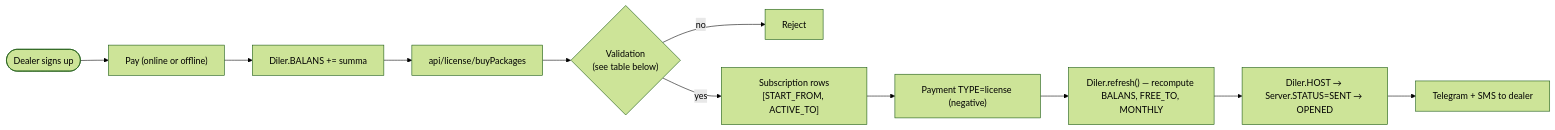
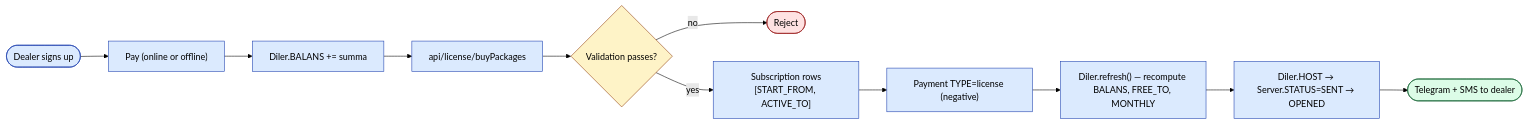
The diagram in docs/sd-billing/subscription-flow.md (jamshidtulaganov/sd-doc), drawn with Mermaid (forest theme) before and after one commit. The commit also changed 21 other files, not shown here.

````diff
--- a/docs/sd-billing/subscription-flow.md
+++ b/docs/sd-billing/subscription-flow.md
@@ -11,13 +11,25 @@
 ```mermaid
 flowchart LR
   S(["Dealer signs up"]) --> P["Pay (online or offline)"]
   P --> B["Diler.BALANS += summa"]
   B --> BUY["api/license/buyPackages"]
-  BUY --> CHK{"Validation<br/>(see table below)"}
-  CHK -- "no" --> ERR["Reject"]
+  BUY --> CHK{"Validation passes?"}
+  CHK -- "no" --> ERR(["Reject"])
   CHK -- "yes" --> SUB["Subscription rows<br/>[START_FROM, ACTIVE_TO]"]
   SUB --> NEG["Payment TYPE=license (negative)"]
   NEG --> SET["Diler.refresh() — recompute BALANS, FREE_TO, MONTHLY"]
   SET --> SRV["Diler.HOST → Server.STATUS=SENT → OPENED"]
-  SRV --> NOTIF["Telegram + SMS to dealer"]
+  SRV --> NOTIF(["Telegram + SMS to dealer"])
+
+  class S action
+  class P,B,BUY,SUB,NEG,SET,SRV action
+  class CHK approval
+  class ERR reject
+  class NOTIF success
+  classDef action   fill:#dbeafe,stroke:#1e40af,color:#000
+  classDef approval fill:#fef3c7,stroke:#92400e,color:#000
+  classDef success  fill:#dcfce7,stroke:#166534,color:#000
+  classDef reject   fill:#fee2e2,stroke:#991b1b,color:#000
+  classDef external fill:#f3f4f6,stroke:#374151,color:#000
+  classDef cron     fill:#ede9fe,stroke:#6d28d9,color:#000
 ```
````
